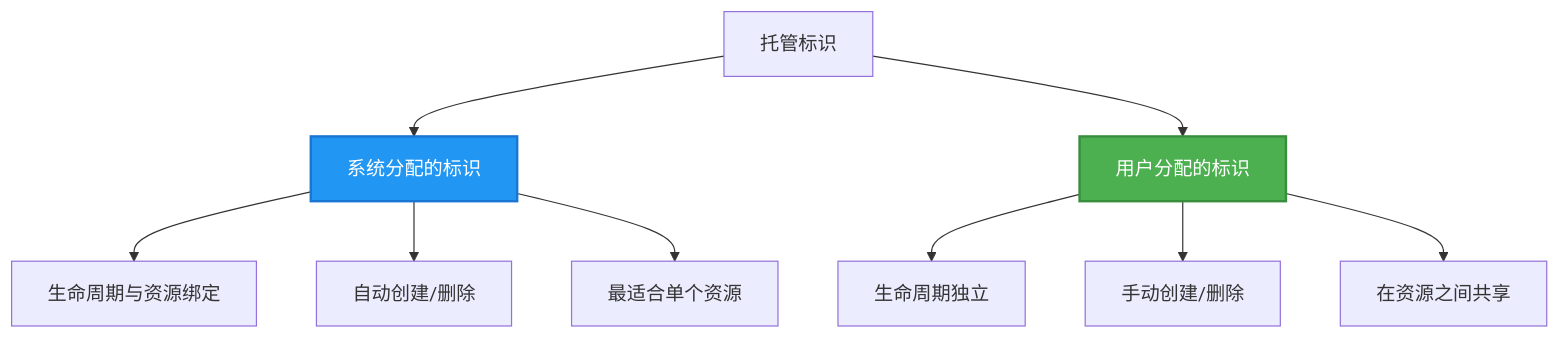
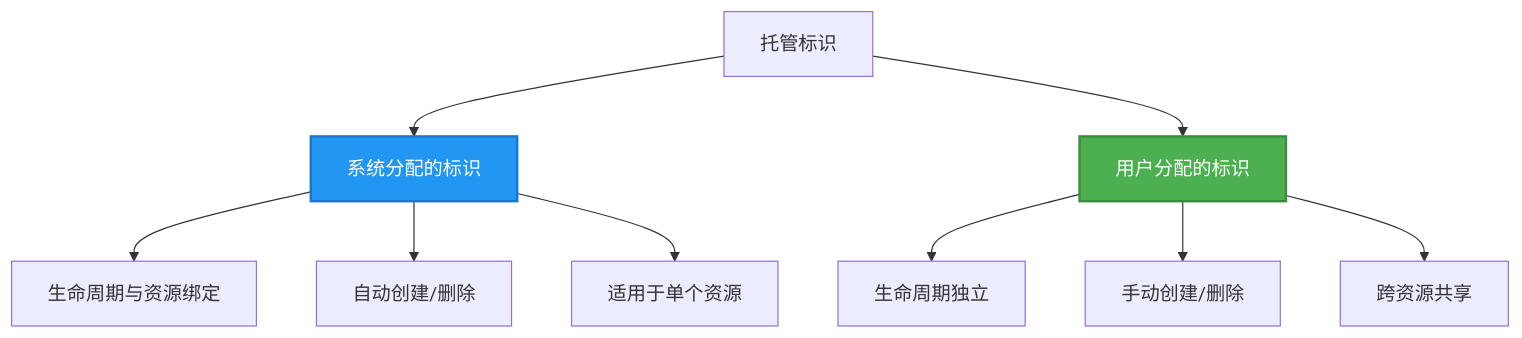
Before and after one commit to microsoft/AZD-for-beginners: the second of 2 diagrams in translations/zh-CN/docs/chapter-03-configuration/authsecurity.md, drawn with Mermaid. The commit also changed other lines of this file and 104 other files, not shown here.

````diff
--- a/translations/zh-CN/docs/chapter-03-configuration/authsecurity.md
+++ b/translations/zh-CN/docs/chapter-03-configuration/authsecurity.md
@@ -97,20 +98,20 @@
 ```mermaid
 graph TB
     MI[托管标识]
     SystemAssigned[系统分配的标识]
     UserAssigned[用户分配的标识]
     
     MI --> SystemAssigned
     MI --> UserAssigned
     
     SystemAssigned --> SA1[生命周期与资源绑定]
     SystemAssigned --> SA2[自动创建/删除]
-    SystemAssigned --> SA3[最适合单个资源]
+    SystemAssigned --> SA3[适用于单个资源]
     
     UserAssigned --> UA1[生命周期独立]
     UserAssigned --> UA2[手动创建/删除]
-    UserAssigned --> UA3[在资源之间共享]
+    UserAssigned --> UA3[跨资源共享]
     
     style SystemAssigned fill:#2196F3,stroke:#1976D2,stroke-width:2px,color:#fff
     style UserAssigned fill:#4CAF50,stroke:#388E3C,stroke-width:2px,color:#fff
 ```
````
